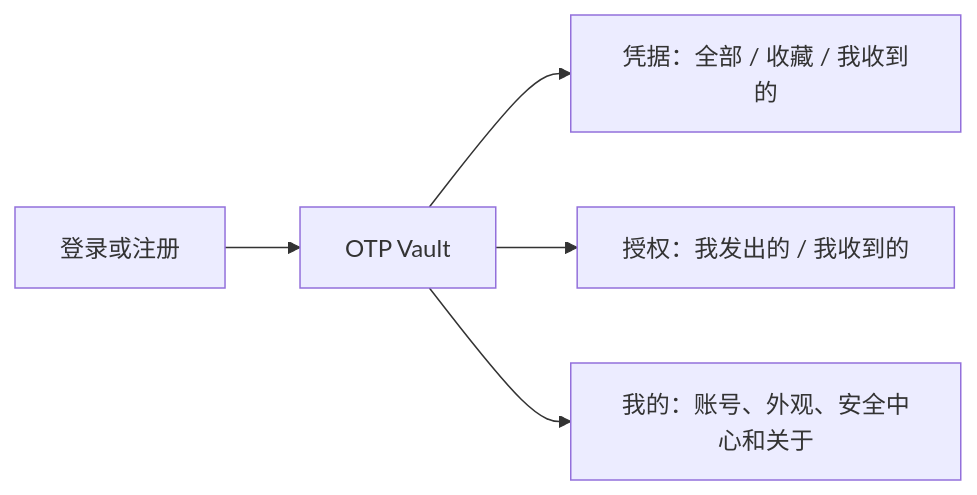
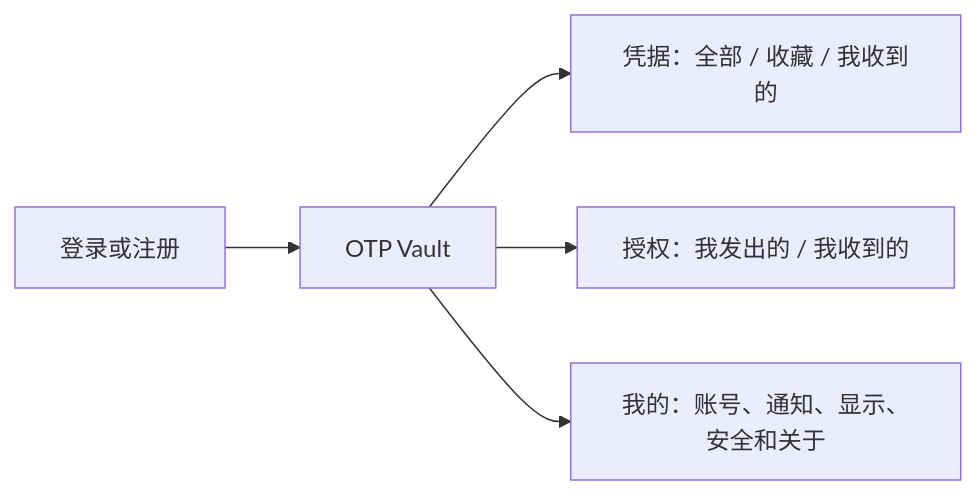
Before and after one commit to serein-morii/xb-h5: the first of 4 diagrams in docs/otp-vault-user-guide.md, drawn with Mermaid. The commit also changed other lines of this file and 10 other files, not shown here.

````diff
--- a/docs/otp-vault-user-guide.md
+++ b/docs/otp-vault-user-guide.md
@@ -11,7 +11,7 @@
 ```mermaid
 flowchart LR
     Login["登录或注册"] --> Vault["OTP Vault"]
     Vault --> All["凭据：全部 / 收藏 / 我收到的"]
     Vault --> Share["授权：我发出的 / 我收到的"]
-    Vault --> Settings["我的：账号、外观、安全中心和关于"]
+    Vault --> Settings["我的：账号、通知、显示、安全和关于"]
 ```
````
